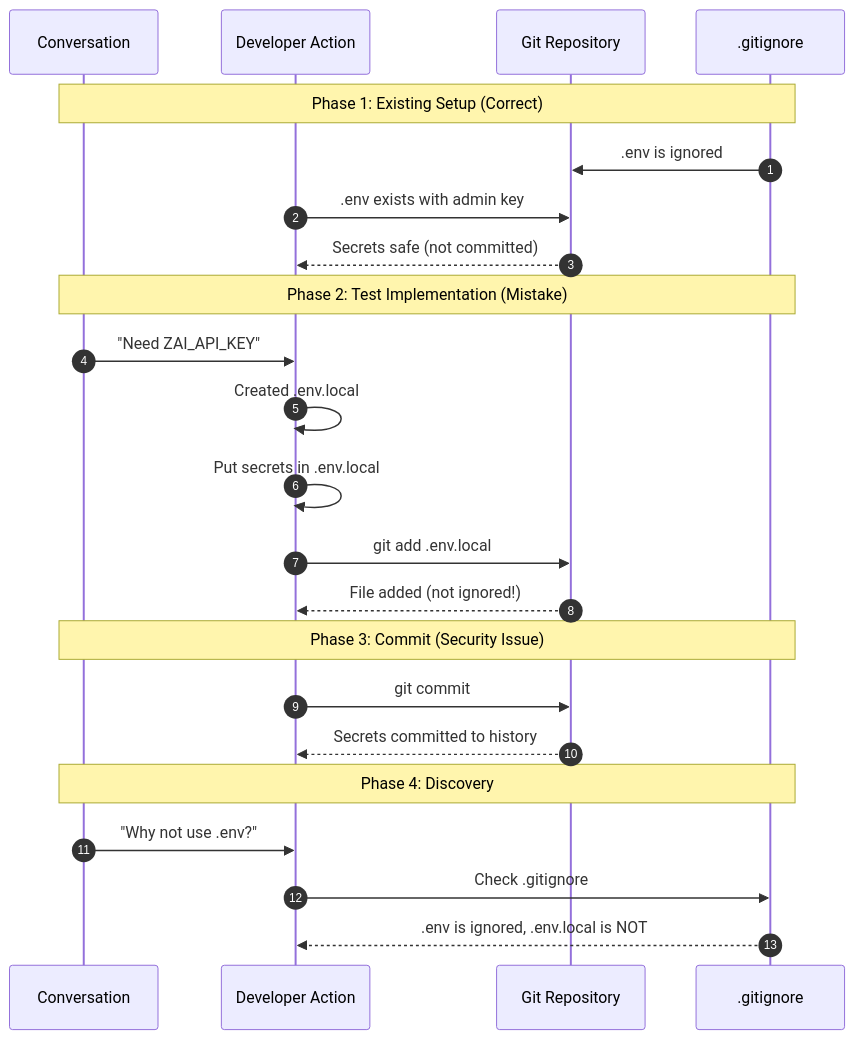
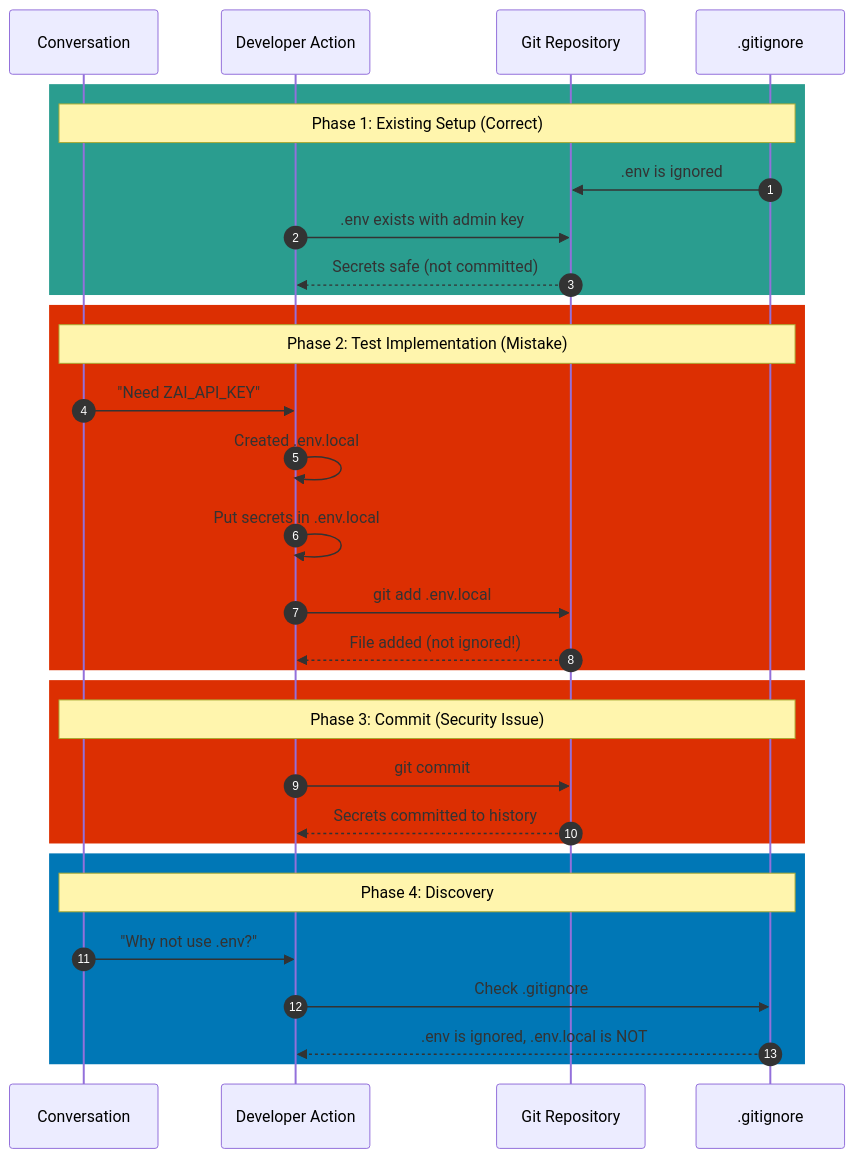
The second of 3 diagrams in docs/RCA_ENV_LOCAL_COMMIT.md (whezagl/convex-poc), drawn with Mermaid before and after one commit.

Commit message:
docs: fix sequence diagram color contrast in RCA
Added colored phase blocks to sequence diagram using accessible palette:
- Teal (rgb 42, 157, 143) for correct setup phase
- Red (rgb 220, 47, 2) for error/security issue phases
- Blue (rgb 0, 119, 182) for discovery phase

````diff
--- a/docs/RCA_ENV_LOCAL_COMMIT.md
+++ b/docs/RCA_ENV_LOCAL_COMMIT.md
@@ -91,29 +91,37 @@
 ```mermaid
 sequenceDiagram
     autonumber
     participant Conv as Conversation
     participant Dev as Developer Action
     participant Git as Git Repository
     participant Ign as .gitignore
 
-    Note over Conv,Ign: Phase 1: Existing Setup (Correct)
-    Ign->>Git: .env is ignored
-    Dev->>Git: .env exists with admin key
-    Git-->>Dev: Secrets safe (not committed)
+    rect rgb(42, 157, 143)
+        Note over Conv,Ign: Phase 1: Existing Setup (Correct)
+        Ign->>Git: .env is ignored
+        Dev->>Git: .env exists with admin key
+        Git-->>Dev: Secrets safe (not committed)
+    end
 
-    Note over Conv,Ign: Phase 2: Test Implementation (Mistake)
-    Conv->>Dev: "Need ZAI_API_KEY"
-    Dev->>Dev: Created .env.local
-    Dev->>Dev: Put secrets in .env.local
-    Dev->>Git: git add .env.local
-    Git-->>Dev: File added (not ignored!)
+    rect rgb(220, 47, 2)
+        Note over Conv,Ign: Phase 2: Test Implementation (Mistake)
+        Conv->>Dev: "Need ZAI_API_KEY"
+        Dev->>Dev: Created .env.local
+        Dev->>Dev: Put secrets in .env.local
+        Dev->>Git: git add .env.local
+        Git-->>Dev: File added (not ignored!)
+    end
 
-    Note over Conv,Ign: Phase 3: Commit (Security Issue)
-    Dev->>Git: git commit
-    Git-->>Dev: Secrets committed to history
+    rect rgb(220, 47, 2)
+        Note over Conv,Ign: Phase 3: Commit (Security Issue)
+        Dev->>Git: git commit
+        Git-->>Dev: Secrets committed to history
+    end
 
-    Note over Conv,Ign: Phase 4: Discovery
-    Conv->>Dev: "Why not use .env?"
-    Dev->>Ign: Check .gitignore
-    Ign-->>Dev: .env is ignored, .env.local is NOT
+    rect rgb(0, 119, 182)
+        Note over Conv,Ign: Phase 4: Discovery
+        Conv->>Dev: "Why not use .env?"
+        Dev->>Ign: Check .gitignore
+        Ign-->>Dev: .env is ignored, .env.local is NOT
+    end
 ```
````
